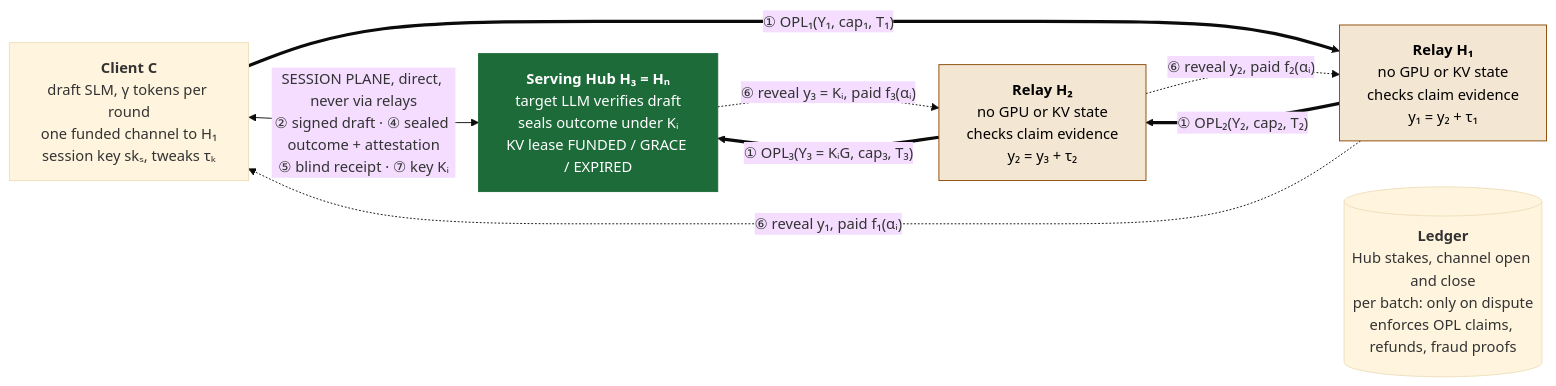
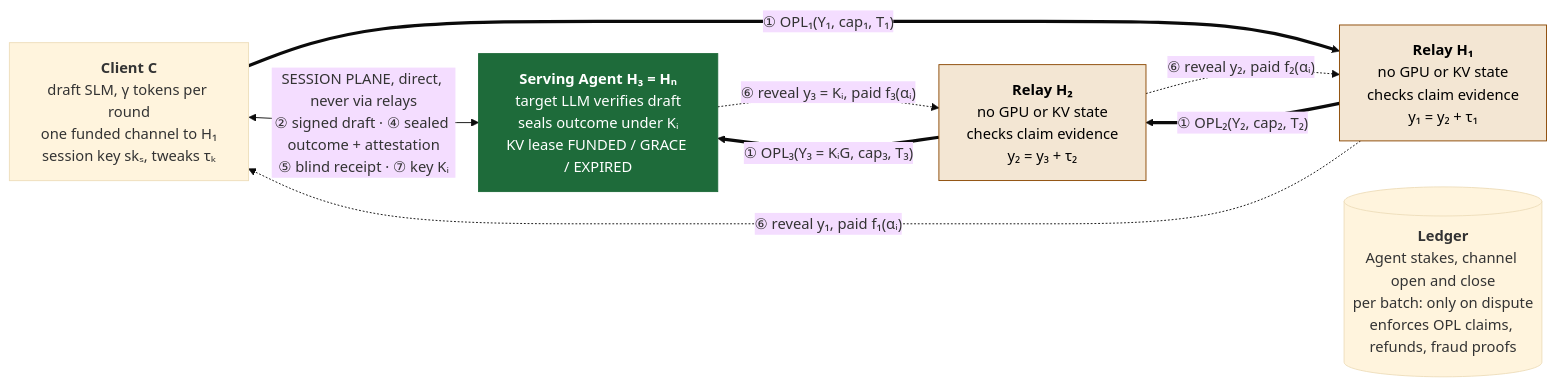
The first of 27 diagrams in specroute_paper_draft.md (MDOmerDanish/project-idea), drawn with Mermaid (base theme) before and after one commit. The commit also changed other lines of this file, not shown here.

````diff
--- a/specroute_paper_draft.md
+++ b/specroute_paper_draft.md
@@ -22,22 +22,22 @@
 ```mermaid
 flowchart LR
     C["<b>Client C</b><br/>draft SLM, γ tokens per round<br/>one funded channel to H₁<br/>session key skₛ, tweaks τₖ"]
     H1["<b>Relay H₁</b><br/>no GPU or KV state<br/>checks claim evidence<br/>y₁ = y₂ + τ₁"]
     H2["<b>Relay H₂</b><br/>no GPU or KV state<br/>checks claim evidence<br/>y₂ = y₃ + τ₂"]
-    H3["<b>Serving Hub H₃ = Hₙ</b><br/>target LLM verifies draft<br/>seals outcome under Kᵢ<br/>KV lease FUNDED / GRACE / EXPIRED"]
-    LED[("<b>Ledger</b><br/>Hub stakes, channel open and close<br/>per batch: only on dispute<br/>enforces OPL claims, refunds, fraud proofs")]
+    H3["<b>Serving Agent H₃ = Hₙ</b><br/>target LLM verifies draft<br/>seals outcome under Kᵢ<br/>KV lease FUNDED / GRACE / EXPIRED"]
+    LED[("<b>Ledger</b><br/>Agent stakes, channel open and close<br/>per batch: only on dispute<br/>enforces OPL claims, refunds, fraud proofs")]
 
     C <-- "SESSION PLANE, direct, never via relays<br/>② signed draft · ④ sealed outcome + attestation<br/>⑤ blind receipt · ⑦ key Kᵢ" --> H3
     C == "① OPL₁(Y₁, cap₁, T₁)" ==> H1
     H1 == "① OPL₂(Y₂, cap₂, T₂)" ==> H2
     H2 == "① OPL₃(Y₃ = KᵢG, cap₃, T₃)" ==> H3
     H3 -. "⑥ reveal y₃ = Kᵢ, paid f₃(αᵢ)" .-> H2
     H2 -. "⑥ reveal y₂, paid f₂(αᵢ)" .-> H1
     H1 -. "⑥ reveal y₁, paid f₁(αᵢ)" .-> C
     H2 ~~~ LED
 
     classDef serve fill:#1e6b3a,stroke:#1e6b3a,color:#fff
     classDef relay fill:#f3e6d3,stroke:#8a4700,color:#000
     class H3 serve
     class H1,H2 relay
 ```
````
